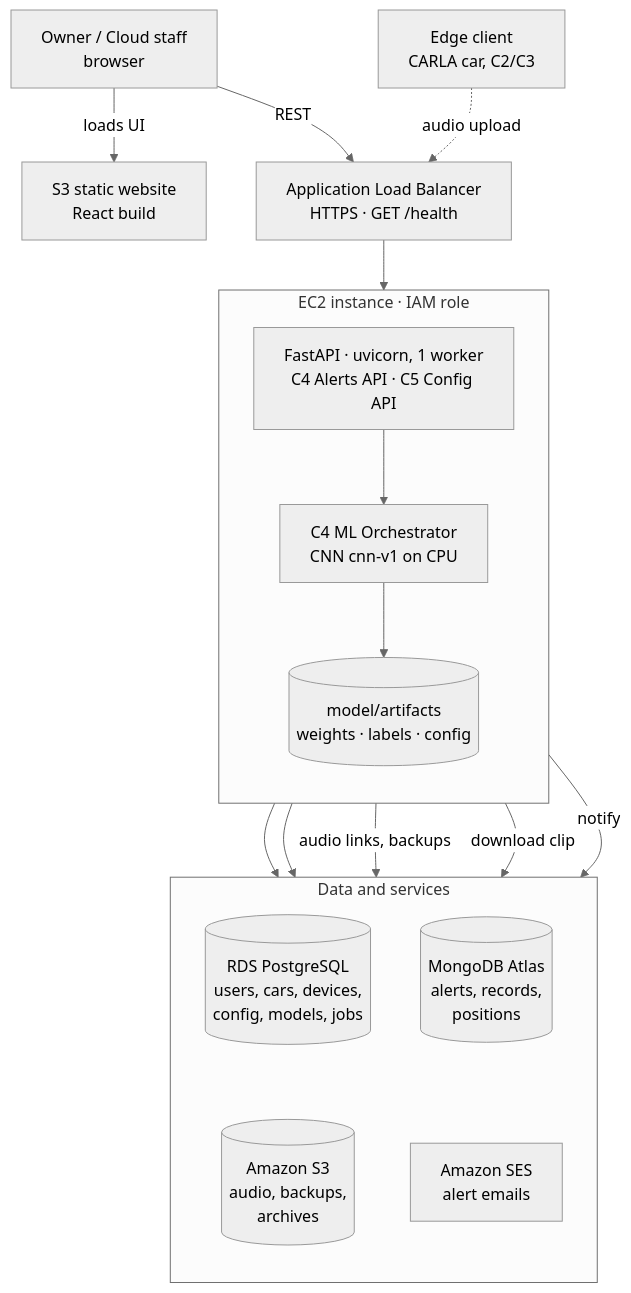
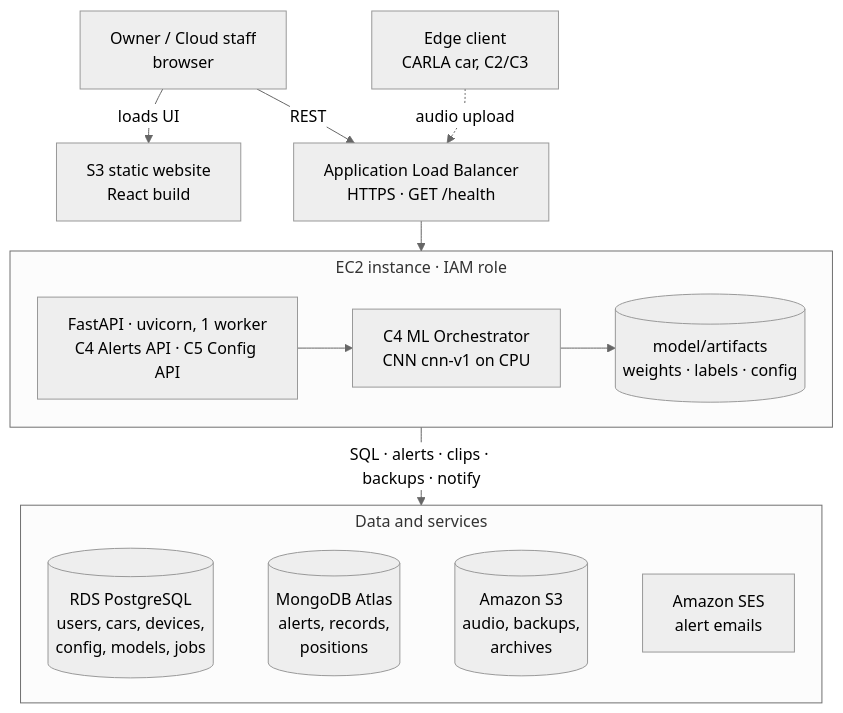
One commit to anushatulasi-06/intelligent_cloud_platform_for_smart_cars changed the diagram in README.md. Above: the diagram before and after it, drawn with Mermaid (neutral theme). The commit also changed other lines of this file, not shown here.

Commit message:
update deployment diagram

````diff
--- a/README.md
+++ b/README.md
@@ -279,38 +281,32 @@
 ```mermaid
+%%{init: {"flowchart": {"rankSpacing": 30, "nodeSpacing": 30, "subGraphTitleMargin": {"top": 4, "bottom": 14}}}}%%
 flowchart TB
     user["Owner / Cloud staff<br/>browser"]
     edge["Edge client<br/>CARLA car, C2/C3"]
 
     web["S3 static website<br/>React build"]
     alb["Application Load Balancer<br/>HTTPS · GET /health"]
 
     subgraph ec2["EC2 instance · IAM role"]
-        direction TB
+        direction LR
         api["FastAPI · uvicorn, 1 worker<br/>C4 Alerts API · C5 Config API"]
         orch["C4 ML Orchestrator<br/>CNN cnn-v1 on CPU"]
         artifacts[("model/artifacts<br/>weights · labels · config")]
         api --> orch --> artifacts
     end
 
     subgraph data["Data and services"]
-        direction TB
+        direction LR
         rds[("RDS PostgreSQL<br/>users, cars, devices,<br/>config, models, jobs")]
         atlas[("MongoDB Atlas<br/>alerts, records,<br/>positions")]
         s3[("Amazon S3<br/>audio, backups,<br/>archives")]
         ses["Amazon SES<br/>alert emails"]
-        rds ~~~ s3
-        atlas ~~~ ses
+        rds ~~~ atlas ~~~ s3 ~~~ ses
     end
 
-    artifacts ~~~ rds
-    artifacts ~~~ atlas
     user -->|loads UI| web
     user -->|REST| alb
     edge -.->|audio upload| alb
-    alb --> api
-    api --> rds
-    api --> atlas
-    api -->|audio links, backups| s3
-    orch -->|download clip| s3
-    orch -->|notify| ses
+    alb --> ec2
+    ec2 -->|"SQL · alerts · clips · backups · notify"| data
 ```
````
